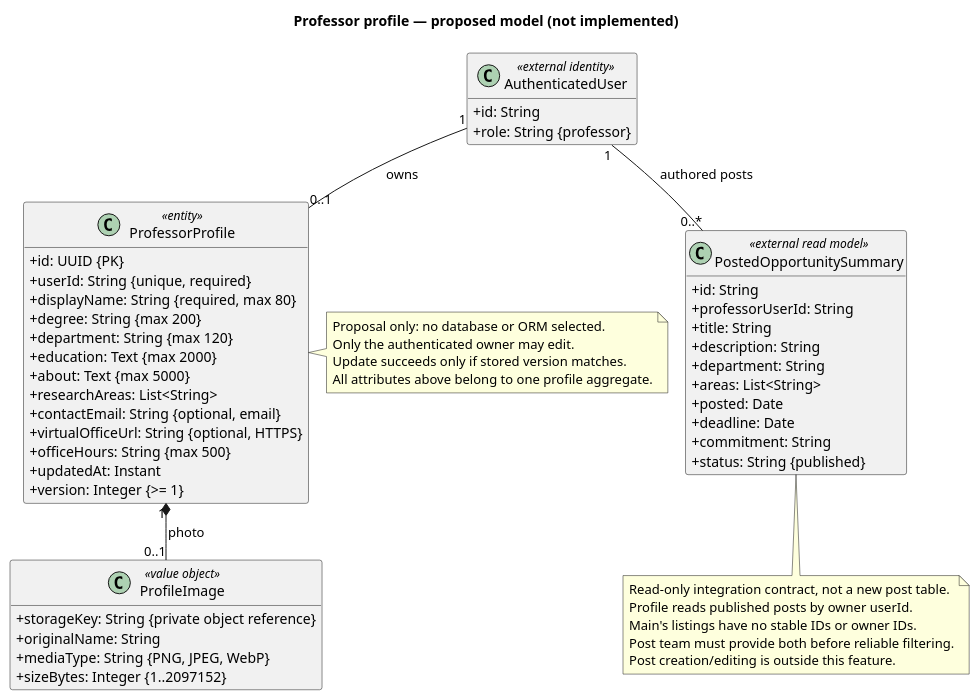
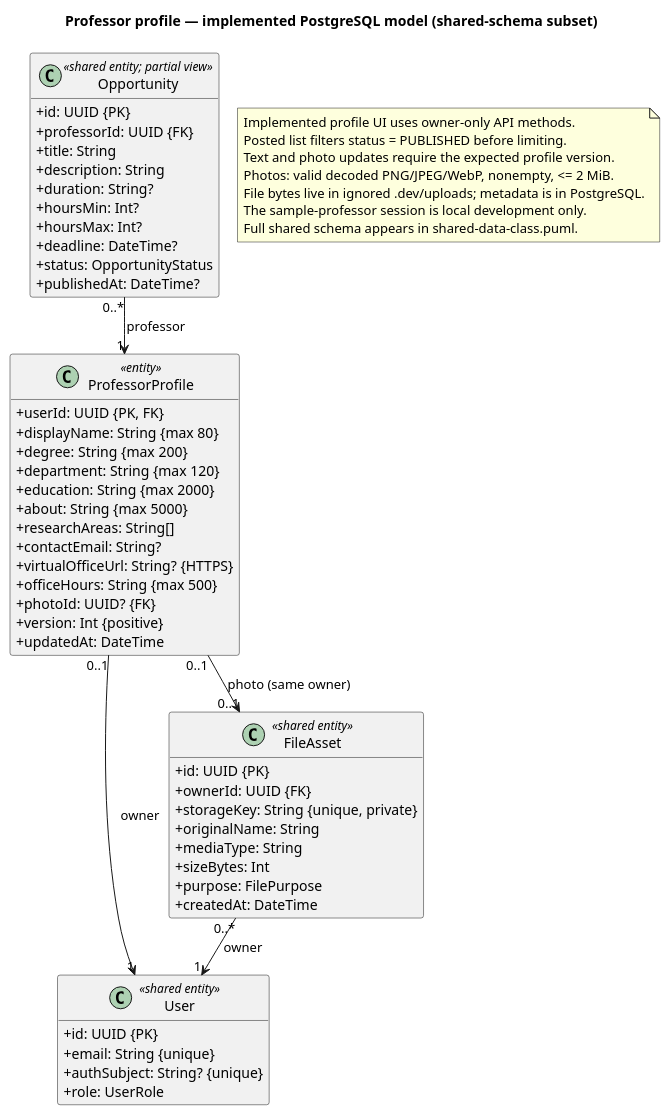
One commit to jclontz7-commits/3155implementation changed the diagram in docs/uml/professor-profile-class.puml. Above: the diagram before and after it, drawn with PlantUML. The commit also changed 27 other files, not shown here.

Commit message:
Implement PostgreSQL-backed professor profile and local demo API

```diff
--- a/docs/uml/professor-profile-class.puml
+++ b/docs/uml/professor-profile-class.puml
@@ -1,64 +1,65 @@
 @startuml
 !pragma layout smetana
 skinparam classAttributeIconSize 0
 skinparam shadowing false
 skinparam backgroundColor white
 hide methods
 top to bottom direction
-title Professor profile — proposed model (not implemented)
-
-  class ProfessorProfile <<entity>> {
-    +id: UUID {PK}
-    +userId: String {unique, required}
-    +displayName: String {required, max 80}
-    +degree: String {max 200}
-    +department: String {max 120}
-    +education: Text {max 2000}
-    +about: Text {max 5000}
-    +researchAreas: List<String>
-    +contactEmail: String {optional, email}
-    +virtualOfficeUrl: String {optional, HTTPS}
-    +officeHours: String {max 500}
-    +updatedAt: Instant
-    +version: Integer {>= 1}
-  }
-  class ProfileImage <<value object>> {
-    +storageKey: String {private object reference}
-    +originalName: String
-    +mediaType: String {PNG, JPEG, WebP}
-    +sizeBytes: Integer {1..2097152}
-  }
-  ProfessorProfile "1" *-- "0..1" ProfileImage : photo
-  class AuthenticatedUser <<external identity>> {
-    +id: String
-    +role: String {professor}
-  }
-  class PostedOpportunitySummary <<external read model>> {
-    +id: String
-    +professorUserId: String
-    +title: String
-    +description: String
-    +department: String
-    +areas: List<String>
-    +posted: Date
-    +deadline: Date
-    +commitment: String
-    +status: String {published}
-  }
-AuthenticatedUser "1" -- "0..1" ProfessorProfile : owns
-AuthenticatedUser "1" -- "0..*" PostedOpportunitySummary : authored posts
-
-note left of ProfessorProfile
-  Proposal only: no database or ORM selected.
-  Only the authenticated owner may edit.
-  Update succeeds only if stored version matches.
-  All attributes above belong to one profile aggregate.
-end note
-note bottom of PostedOpportunitySummary
-  Read-only integration contract, not a new post table.
-  Profile reads published posts by owner userId.
-  Main's listings have no stable IDs or owner IDs.
-  Post team must provide both before reliable filtering.
-  Post creation/editing is outside this feature.
+title Professor profile — implemented PostgreSQL model (shared-schema subset)
+class User <<shared entity>> {
+  +id: UUID {PK}
+  +email: String {unique}
+  +authSubject: String? {unique}
+  +role: UserRole
+}
+class ProfessorProfile <<entity>> {
+  +userId: UUID {PK, FK}
+  +displayName: String {max 80}
+  +degree: String {max 200}
+  +department: String {max 120}
+  +education: String {max 2000}
+  +about: String {max 5000}
+  +researchAreas: String[]
+  +contactEmail: String?
+  +virtualOfficeUrl: String? {HTTPS}
+  +officeHours: String {max 500}
+  +photoId: UUID? {FK}
+  +version: Int {positive}
+  +updatedAt: DateTime
+}
+class FileAsset <<shared entity>> {
+  +id: UUID {PK}
+  +ownerId: UUID {FK}
+  +storageKey: String {unique, private}
+  +originalName: String
+  +mediaType: String
+  +sizeBytes: Int
+  +purpose: FilePurpose
+  +createdAt: DateTime
+}
+class Opportunity <<shared entity; partial view>> {
+  +id: UUID {PK}
+  +professorId: UUID {FK}
+  +title: String
+  +description: String
+  +duration: String?
+  +hoursMin: Int?
+  +hoursMax: Int?
+  +deadline: DateTime?
+  +status: OpportunityStatus
+  +publishedAt: DateTime?
+}
+ProfessorProfile "0..1" --> "1" User : owner
+FileAsset "0..*" --> "1" User : owner
+ProfessorProfile "0..1" --> "0..1" FileAsset : photo (same owner)
+Opportunity "0..*" --> "1" ProfessorProfile : professor
+note as Scope
+  Implemented profile UI uses owner-only API methods.
+  Posted list filters status = PUBLISHED before limiting.
+  Text and photo updates require the expected profile version.
+  Photos: valid decoded PNG/JPEG/WebP, nonempty, <= 2 MiB.
+  File bytes live in ignored .dev/uploads; metadata is in PostgreSQL.
+  The sample-professor session is local development only.
+  Full shared schema appears in shared-data-class.puml.
 end note
 @enduml
```
